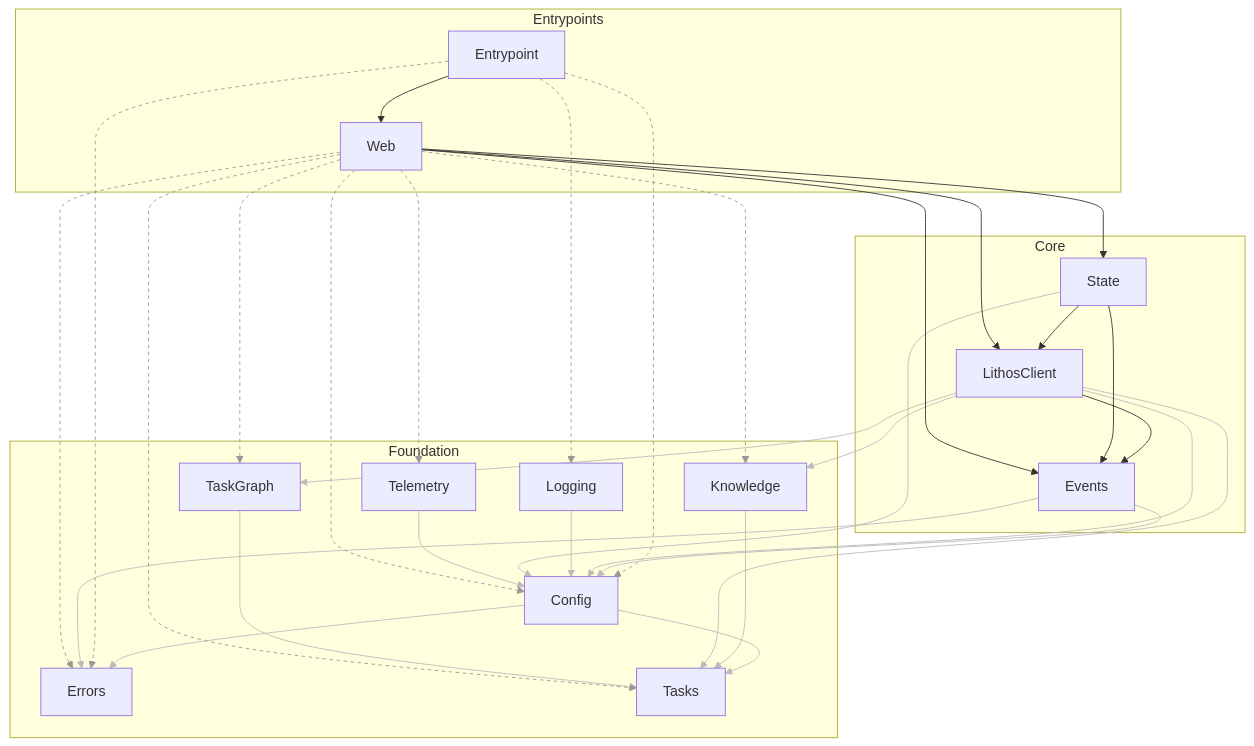
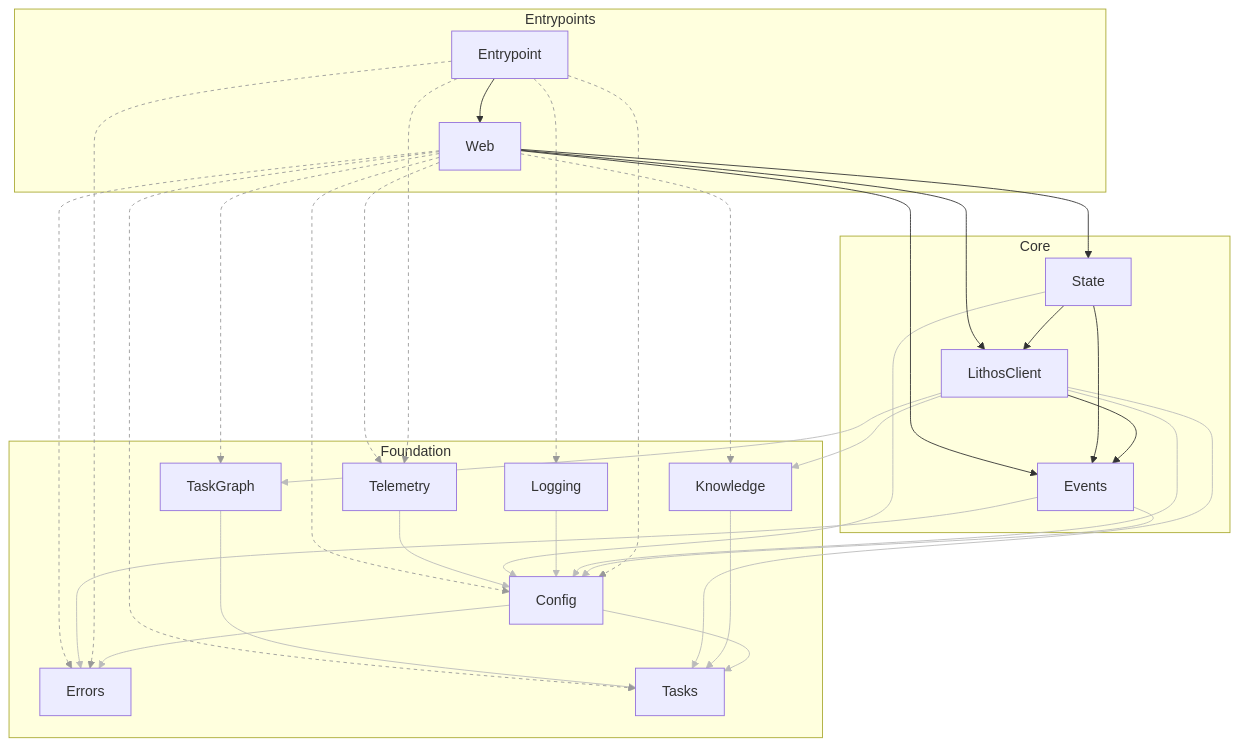
The diagram in docs/generated/architecture.md (agent-lore/lithos-lens), drawn with Mermaid before and after one commit. The commit also changed 19 other files, not shown here.

````diff
--- a/docs/generated/architecture.md
+++ b/docs/generated/architecture.md
@@ -40,6 +40,7 @@
   Entrypoint --> Config
   Entrypoint --> Errors
   Entrypoint --> Logging
+  Entrypoint --> Telemetry
   Entrypoint --> Web
   Events --> Config
   Events --> Errors
@@ -69,21 +70,22 @@
   linkStyle 2 stroke:#999,stroke-dasharray:4
   linkStyle 3 stroke:#999,stroke-dasharray:4
   linkStyle 4 stroke:#999,stroke-dasharray:4
-  linkStyle 6 stroke:#bbb
+  linkStyle 5 stroke:#999,stroke-dasharray:4
   linkStyle 7 stroke:#bbb
   linkStyle 8 stroke:#bbb
   linkStyle 9 stroke:#bbb
-  linkStyle 11 stroke:#bbb
+  linkStyle 10 stroke:#bbb
   linkStyle 12 stroke:#bbb
   linkStyle 13 stroke:#bbb
   linkStyle 14 stroke:#bbb
   linkStyle 15 stroke:#bbb
-  linkStyle 18 stroke:#bbb
+  linkStyle 16 stroke:#bbb
   linkStyle 19 stroke:#bbb
-  linkStyle 20 stroke:#999,stroke-dasharray:4
+  linkStyle 20 stroke:#bbb
   linkStyle 21 stroke:#999,stroke-dasharray:4
-  linkStyle 23 stroke:#999,stroke-dasharray:4
-  linkStyle 26 stroke:#999,stroke-dasharray:4
+  linkStyle 22 stroke:#999,stroke-dasharray:4
+  linkStyle 24 stroke:#999,stroke-dasharray:4
   linkStyle 27 stroke:#999,stroke-dasharray:4
   linkStyle 28 stroke:#999,stroke-dasharray:4
+  linkStyle 29 stroke:#999,stroke-dasharray:4
 ```
````
